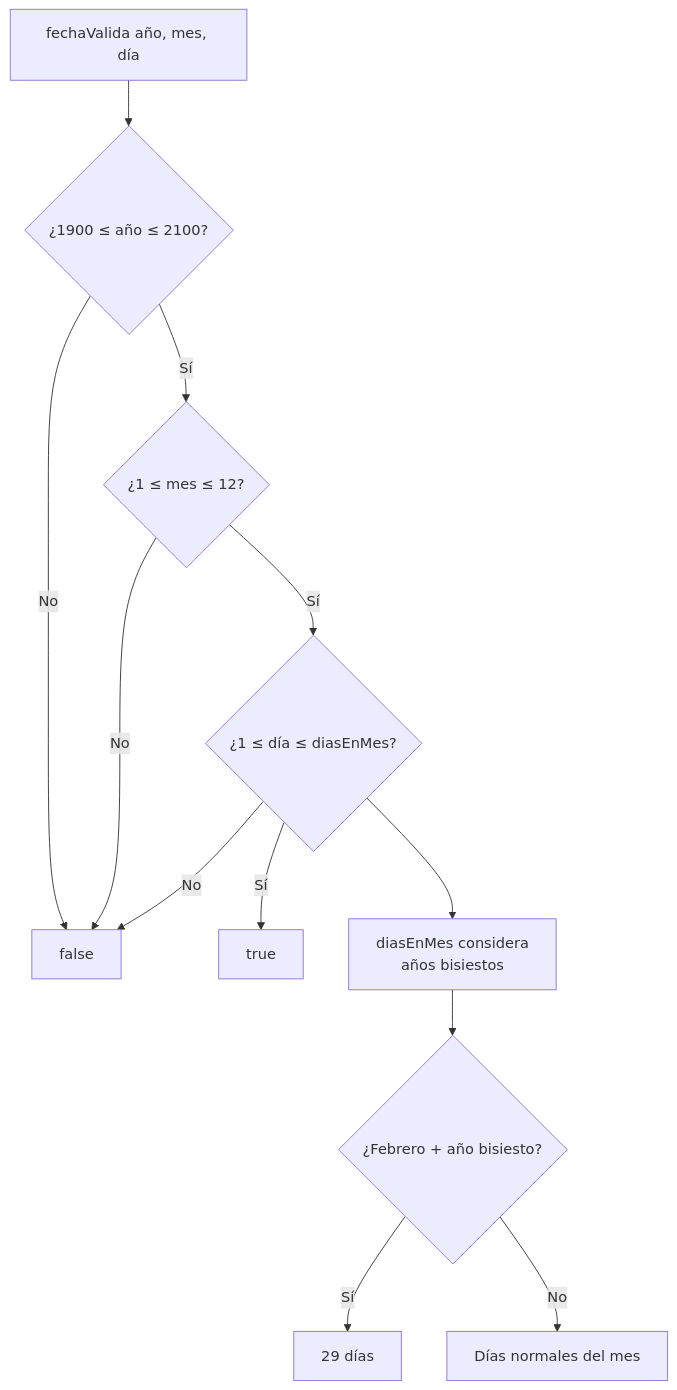
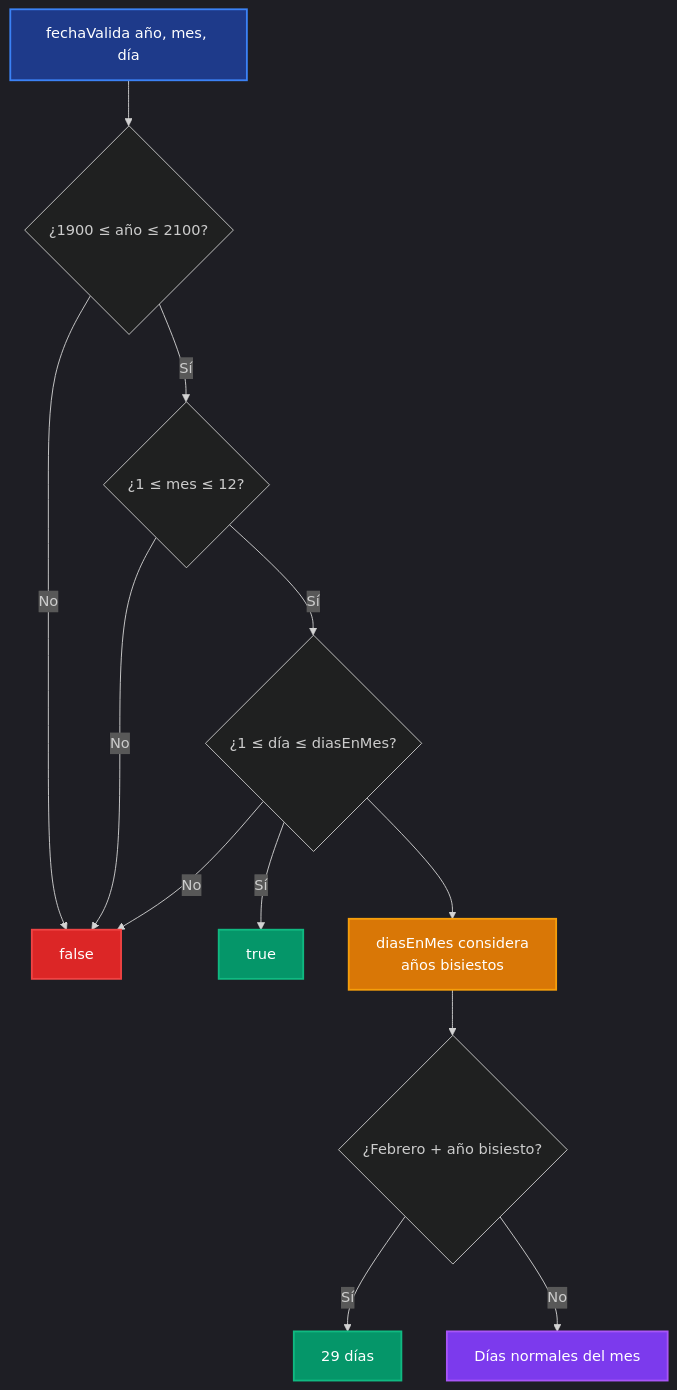
Before and after one commit to pybalt/algo2: diagram 14 of 19 in tp-final/README_IMPLEMENTACIONES.md, drawn with Mermaid. The commit also changed other lines of this file, not shown here.

Commit message:
Refine README_IMPLEMENTACIONES.md by enhancing dark mode support for mermaid diagrams and improving style consistency across various sections, ensuring better visual clarity.

````diff
--- a/tp-final/README_IMPLEMENTACIONES.md
+++ b/tp-final/README_IMPLEMENTACIONES.md
@@ -287,15 +329,23 @@
 ```mermaid
+%%{init: {'theme':'dark'}}%%
 flowchart TD
     A[fechaValida año, mes, día] --> B{¿1900 ≤ año ≤ 2100?}
     B -->|No| C[false]
     B -->|Sí| D{¿1 ≤ mes ≤ 12?}
     D -->|No| C
     D -->|Sí| E{¿1 ≤ día ≤ diasEnMes?}
     E -->|No| C
     E -->|Sí| F[true]
     
     E --> G[diasEnMes considera<br/>años bisiestos]
     G --> H{¿Febrero + año bisiesto?}
     H -->|Sí| I[29 días]
     H -->|No| J[Días normales del mes]
+    
+    style A fill:#1e3a8a,stroke:#3b82f6,stroke-width:2px,color:#fff
+    style C fill:#dc2626,stroke:#ef4444,stroke-width:2px,color:#fff
+    style F fill:#059669,stroke:#10b981,stroke-width:2px,color:#fff
+    style G fill:#d97706,stroke:#f59e0b,stroke-width:2px,color:#fff
+    style I fill:#059669,stroke:#10b981,stroke-width:2px,color:#fff
+    style J fill:#7c3aed,stroke:#a855f7,stroke-width:2px,color:#fff
 ```
````
